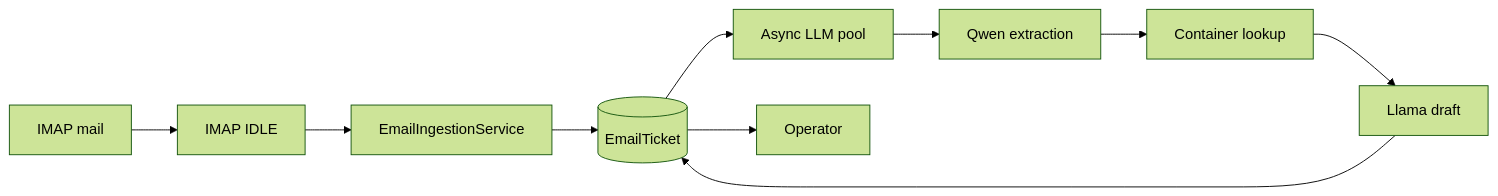
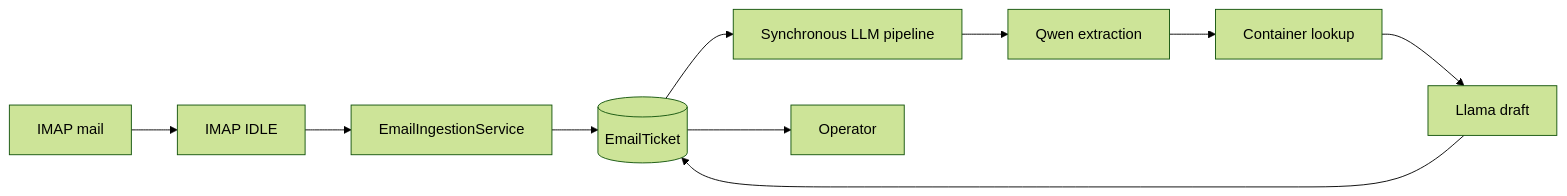
One commit to olegskel7-wq/smart-freight-inbox changed the eighth of 9 diagrams in docs/PRESENTATION_TREE_MAP.md. Above: the diagram before and after it, drawn with Mermaid (forest theme). The commit also changed other lines of this file and 29 other files, not shown here.

````diff
--- a/docs/PRESENTATION_TREE_MAP.md
+++ b/docs/PRESENTATION_TREE_MAP.md
@@ -212,12 +214,12 @@
 ```mermaid
 flowchart LR
   M[IMAP mail] --> IDLE[IMAP IDLE]
   IDLE --> SVC[EmailIngestionService]
   SVC --> DB[(EmailTicket)]
-  DB --> POOL[Async LLM pool]
+  DB --> POOL[Synchronous LLM pipeline]
   POOL --> Q[Qwen extraction]
   Q --> C[Container lookup]
   C --> L[Llama draft]
   L --> DB
   DB --> OP[Operator]
 ```
````
